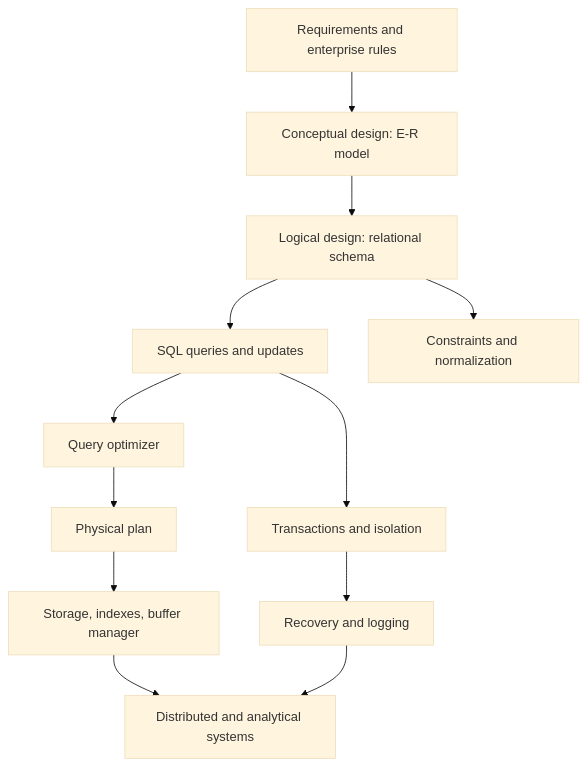
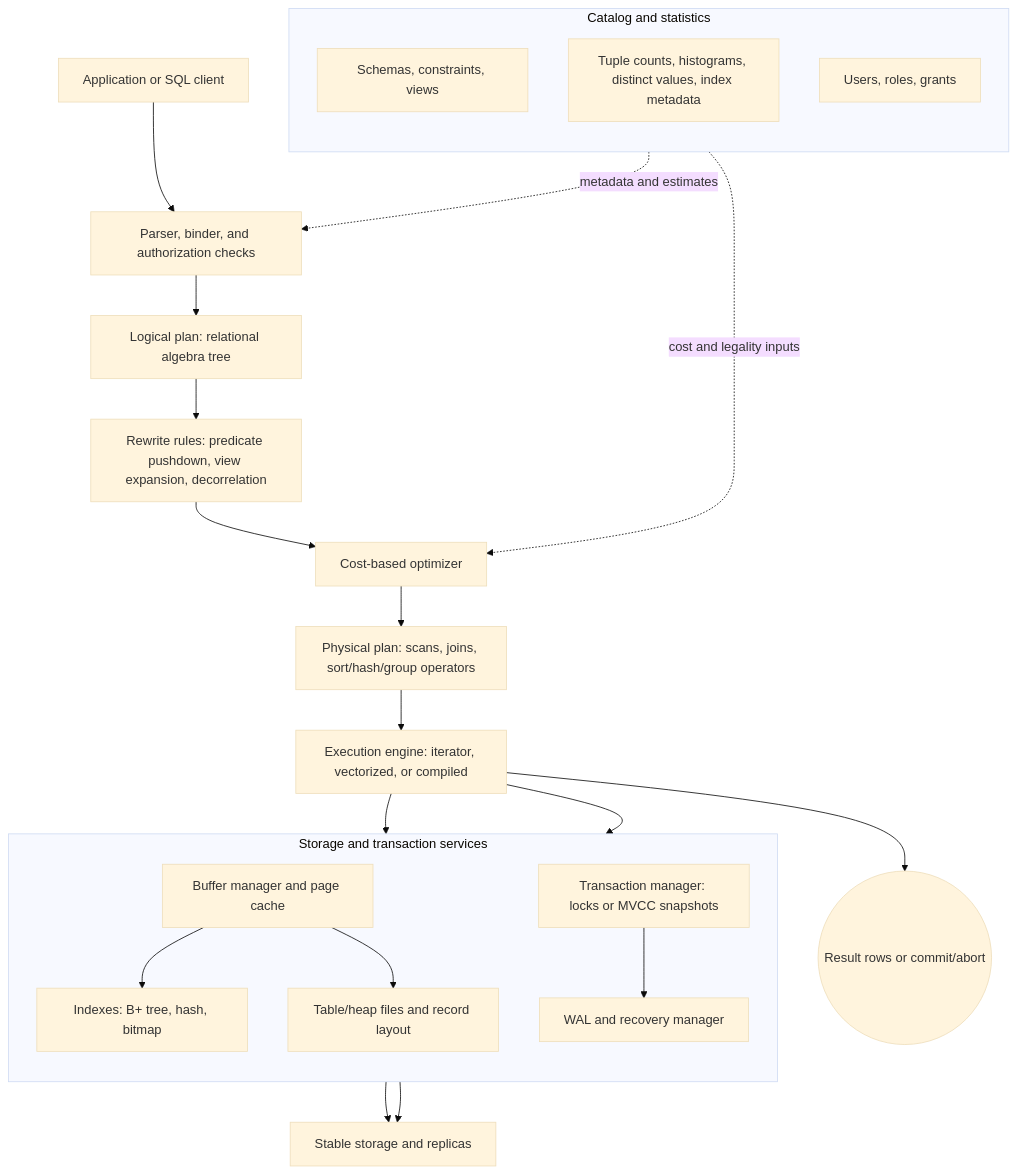
Before and after one commit to justinbrianhwang/SJ-wiki: the diagram in docs/cs/databases/intro.md, drawn with Mermaid (base theme). The commit also changed other lines of this file and 1858 other files, not shown here.

Commit message:
Upgrade Mermaid diagrams to real architecture level across DL/CS-systems/CS-applied/QIS/Physics+Math+Chem (~728 mermaid blocks total): detailed sublayers, residuals, dimensions, shape transitions, subgraph grouping

````diff
--- a/docs/cs/databases/intro.md
+++ b/docs/cs/databases/intro.md
@@ -57,14 +53,37 @@
 ```mermaid
 flowchart TD
-  A["Requirements and enterprise rules"] --> B["Conceptual design: E-R model"]
-  B --> C["Logical design: relational schema"]
-  C --> D["SQL queries and updates"]
-  C --> E["Constraints and normalization"]
-  D --> F["Query optimizer"]
-  F --> G["Physical plan"]
-  G --> H["Storage, indexes, buffer manager"]
-  D --> I["Transactions and isolation"]
-  I --> J["Recovery and logging"]
-  H --> K["Distributed and analytical systems"]
-  J --> K
+  Client["Application or SQL client"] --> Parser["Parser, binder, and authorization checks"]
+  Parser --> Logical["Logical plan: relational algebra tree"]
+  Logical --> Rewrite["Rewrite rules: predicate pushdown, view expansion, decorrelation"]
+  Rewrite --> Optimizer["Cost-based optimizer"]
+
+  subgraph Catalog["Catalog and statistics"]
+    direction TB
+    Schema["Schemas, constraints, views"]
+    Stats["Tuple counts, histograms, distinct values, index metadata"]
+    Privs["Users, roles, grants"]
+  end
+
+  Catalog -. "metadata and estimates" .-> Parser
+  Catalog -. "cost and legality inputs" .-> Optimizer
+  Optimizer --> Physical["Physical plan: scans, joins, sort/hash/group operators"]
+  Physical --> Executor["Execution engine: iterator, vectorized, or compiled"]
+
+  subgraph Storage["Storage and transaction services"]
+    direction TB
+    Buffer["Buffer manager and page cache"]
+    Indexes["Indexes: B+ tree, hash, bitmap"]
+    Heap["Table/heap files and record layout"]
+    Txn["Transaction manager: locks or MVCC snapshots"]
+    Log["WAL and recovery manager"]
+  end
+
+  Executor --> Buffer
+  Executor --> Txn
+  Buffer --> Indexes
+  Buffer --> Heap
+  Txn --> Log
+  Log --> Disk["Stable storage and replicas"]
+  Buffer --> Disk
+  Executor --> Result(("Result rows or commit/abort"))
 ```
````
